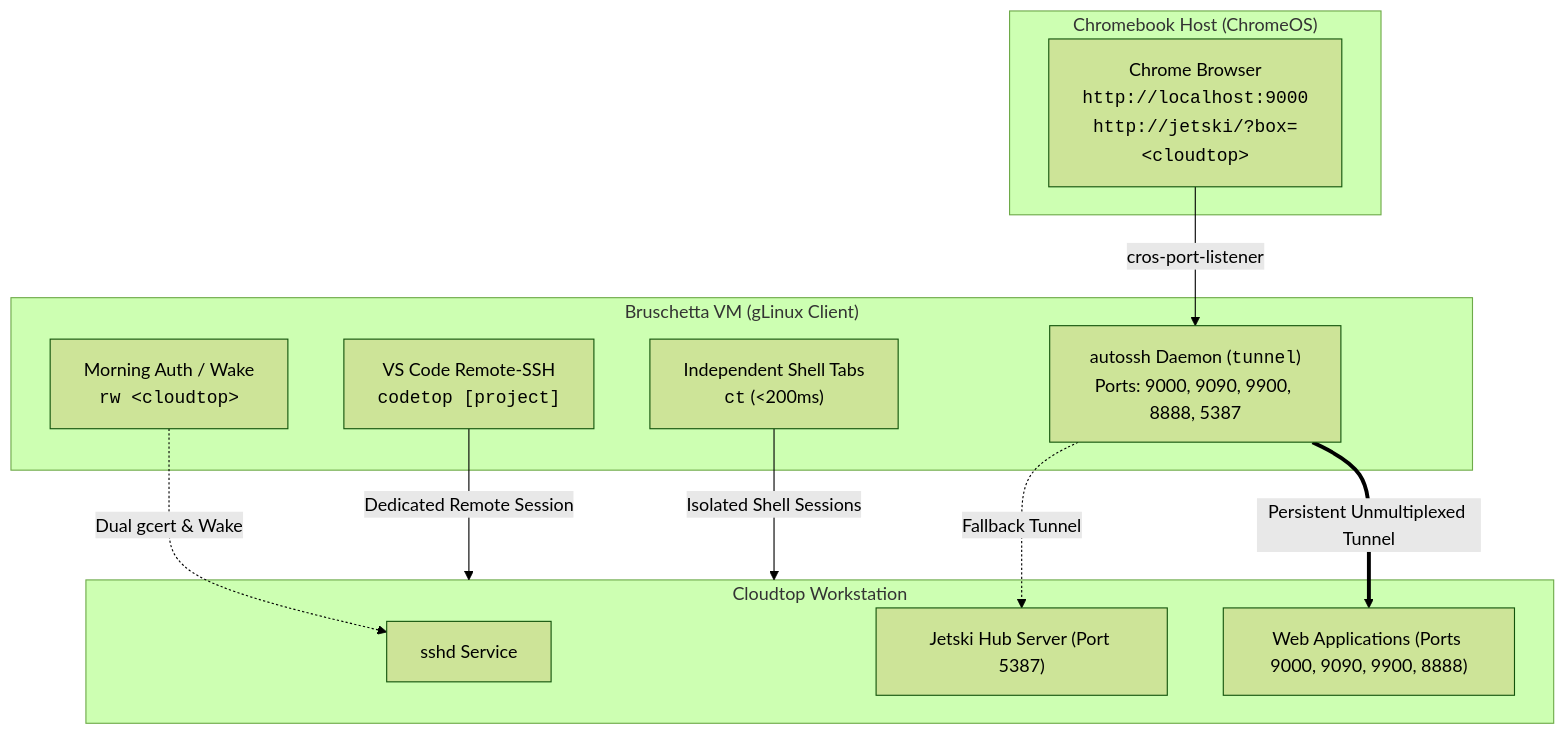
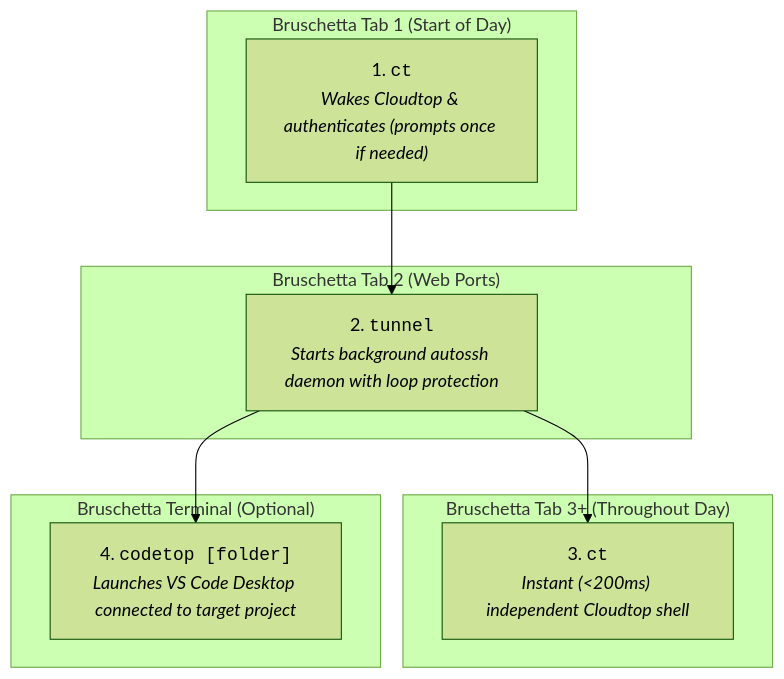
The diagram in ce_chromebox_setup/README.md (brendanhills/uk-bh-cch-demos), drawn with Mermaid (forest theme) before and after one commit. The commit also changed other lines of this file, not shown here.

Commit message:
docs: update workflow sequence to ct-first and use generic config templates

````diff
--- a/ce_chromebox_setup/README.md
+++ b/ce_chromebox_setup/README.md
@@ -22,26 +11,22 @@
 ```mermaid
 flowchart TD
-    subgraph Chromebook ["Chromebook Host (ChromeOS)"]
-        Browser["Chrome Browser<br><code>http://localhost:9000</code><br><code>http://jetski/?box=&lt;cloudtop&gt;</code>"]
+    subgraph Tab1 ["Bruschetta Tab 1 (Start of Day)"]
+        CT1["1. <code>ct</code><br><i>Wakes Cloudtop & authenticates (prompts once if needed)</i>"]
     end
 
-    subgraph Bruschetta ["Bruschetta VM (gLinux Client)"]
-        Tunnel["autossh Daemon (<code>tunnel</code>)<br>Ports: 9000, 9090, 9900, 8888, 5387"]
-        VSCode["VS Code Remote-SSH<br><code>codetop [project]</code>"]
-        Tabs["Independent Shell Tabs<br><code>ct</code> (<200ms)"]
-        Auth["Morning Auth / Wake<br><code>rw &lt;cloudtop&gt;</code>"]
+    subgraph Tab2 ["Bruschetta Tab 2 (Web Ports)"]
+        T["2. <code>tunnel</code><br><i>Starts background autossh daemon with loop protection</i>"]
     end
 
-    subgraph Cloudtop ["Cloudtop Workstation"]
-        SSHD["sshd Service"]
-        JetskiHub["Jetski Hub Server (Port 5387)"]
-        WebApps["Web Applications (Ports 9000, 9090, 9900, 8888)"]
+    subgraph TabN ["Bruschetta Tab 3+ (Throughout Day)"]
+        CTN["3. <code>ct</code><br><i>Instant (<200ms) independent Cloudtop shell</i>"]
     end
 
-    Auth -.->|Dual gcert & Wake| SSHD
-    Tunnel ==>|Persistent Unmultiplexed Tunnel| WebApps
-    Tunnel -.->|Fallback Tunnel| JetskiHub
-    Browser -->|cros-port-listener| Tunnel
-    VSCode -->|Dedicated Remote Session| Cloudtop
-    Tabs -->|Isolated Shell Sessions| Cloudtop
+    subgraph Editor ["Bruschetta Terminal (Optional)"]
+        Code["4. <code>codetop [folder]</code><br><i>Launches VS Code Desktop connected to target project</i>"]
+    end
+
+    CT1 --> T
+    T --> CTN
+    T --> Code
 ```
````
